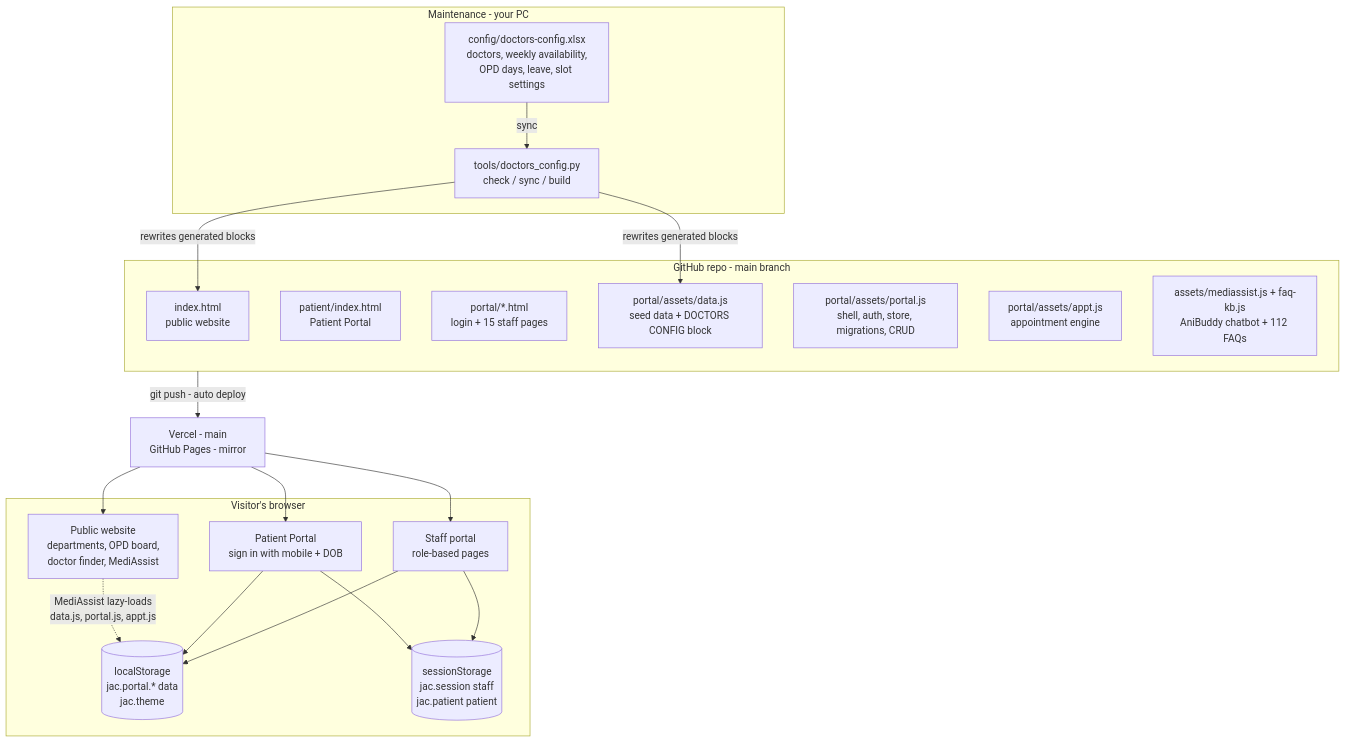
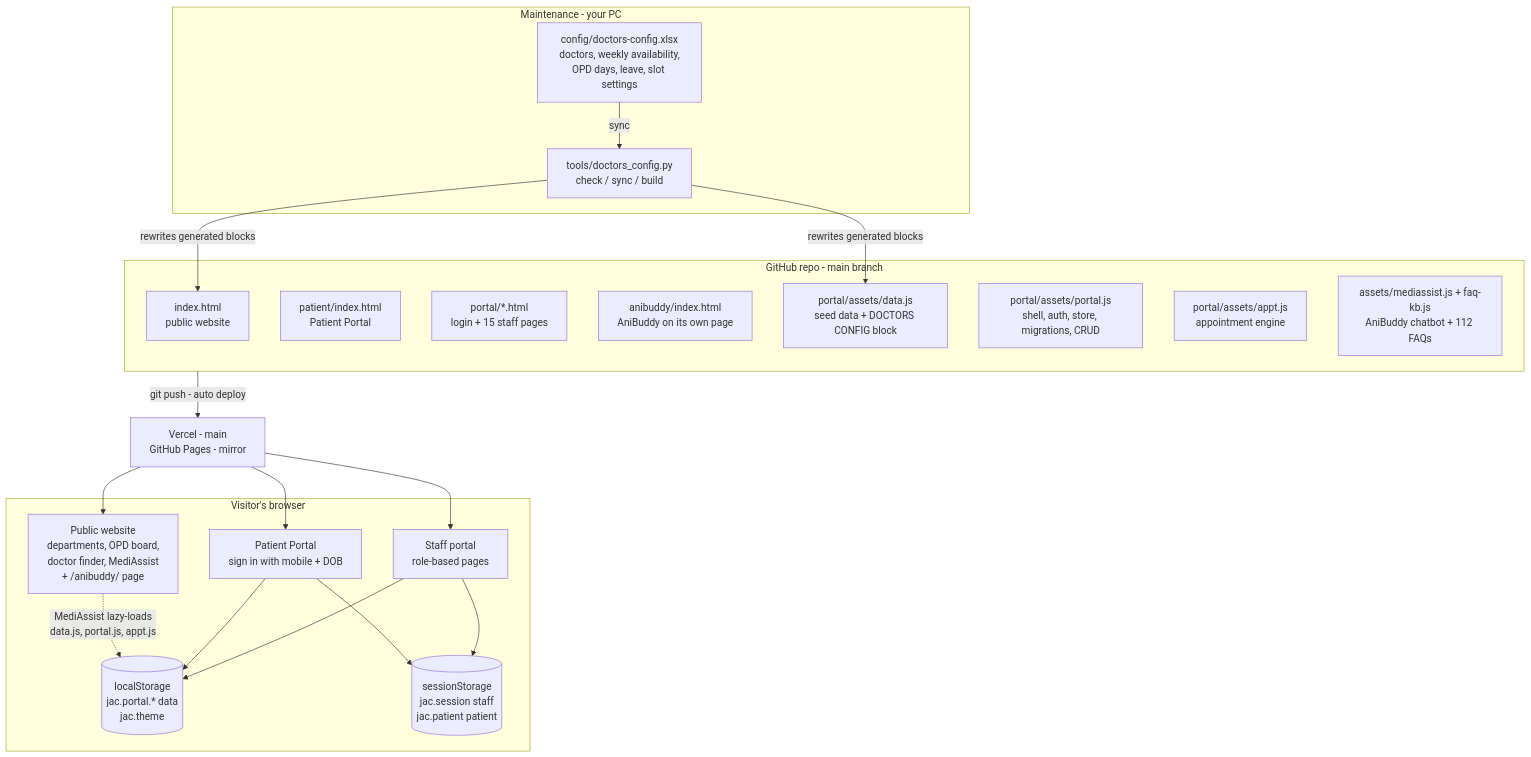
The first of 7 diagrams in README.md (bharathdrive-ai/AnI-HealthcareServices), drawn with Mermaid before and after one commit. The commit also changed other lines of this file and 4 other files, not shown here.

First line of the commit message:
feat: standalone AniBuddy chat page at /anibuddy/

````diff
--- a/README.md
+++ b/README.md
@@ -98,40 +101,41 @@
 ```mermaid
 flowchart TB
     subgraph Authoring["Maintenance - your PC"]
         XLSX["config/doctors-config.xlsx<br/>doctors, weekly availability,<br/>OPD days, leave, slot settings"]
         TOOL["tools/doctors_config.py<br/>check / sync / build"]
         XLSX -->|"sync"| TOOL
     end
 
     subgraph Repo["GitHub repo - main branch"]
         INDEXF["index.html<br/>public website"]
         PATIENTF["patient/index.html<br/>Patient Portal"]
         PORTALF["portal/*.html<br/>login + 15 staff pages"]
+        MAPAGE["anibuddy/index.html<br/>AniBuddy on its own page"]
         DATAJS["portal/assets/data.js<br/>seed data + DOCTORS CONFIG block"]
         PORTALJS["portal/assets/portal.js<br/>shell, auth, store, migrations, CRUD"]
         APPTJS["portal/assets/appt.js<br/>appointment engine"]
         MAJS["assets/mediassist.js + faq-kb.js<br/>AniBuddy chatbot + 112 FAQs"]
     end
 
     TOOL -->|"rewrites generated blocks"| INDEXF
     TOOL -->|"rewrites generated blocks"| DATAJS
 
     Repo -->|"git push - auto deploy"| HOST["Vercel - main<br/>GitHub Pages - mirror"]
 
     subgraph Browser["Visitor's browser"]
-        SITE["Public website<br/>departments, OPD board,<br/>doctor finder, MediAssist"]
+        SITE["Public website<br/>departments, OPD board,<br/>doctor finder, MediAssist<br/>+ /anibuddy/ page"]
         PAT["Patient Portal<br/>sign in with mobile + DOB"]
         STAFF["Staff portal<br/>role-based pages"]
         LS[("localStorage<br/>jac.portal.* data<br/>jac.theme")]
         SS[("sessionStorage<br/>jac.session staff<br/>jac.patient patient")]
     end
 
     HOST --> SITE
     HOST --> PAT
     HOST --> STAFF
     SITE -.->|"MediAssist lazy-loads<br/>data.js, portal.js, appt.js"| LS
     PAT --> LS
     STAFF --> LS
     PAT --> SS
     STAFF --> SS
 ```
````
